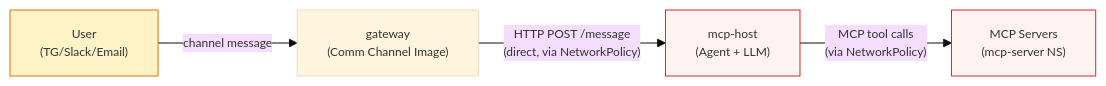
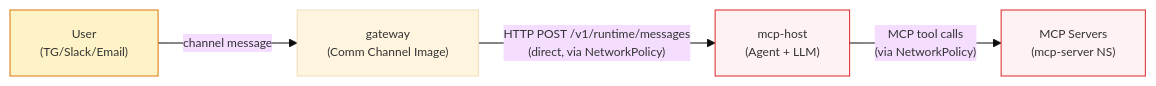
Before and after one commit to evenfire-ai/evenfire: the tenth of 11 diagrams in docs/architecture/platform-topology.md, drawn with Mermaid. The commit also changed other lines of this file and 20 other files, not shown here.

````diff
--- a/docs/architecture/platform-topology.md
+++ b/docs/architecture/platform-topology.md
@@ -864,12 +900,12 @@
 ```mermaid
 %%{init: {'theme':'base', 'themeVariables': {'fontSize':'12px'}}}%%
 flowchart LR
     USER["User<br/>(TG/Slack/Email)"] -->|"channel message"| GW["gateway<br/>(Comm Channel Image)"]
-    GW -->|"HTTP POST /message<br/>(direct, via NetworkPolicy)"| MH["mcp-host<br/>(Agent + LLM)"]
+    GW -->|"HTTP POST /v1/runtime/messages<br/>(direct, via NetworkPolicy)"| MH["mcp-host<br/>(Agent + LLM)"]
     MH -->|"MCP tool calls<br/>(via NetworkPolicy)"| MCP["MCP Servers<br/>(mcp-server NS)"]
 
     classDef deny fill:#FEF2F2,stroke:#DC2626
     classDef ext fill:#FEF3C7,stroke:#D97706
     class MH,MCP deny
     class USER ext
 ```
````
